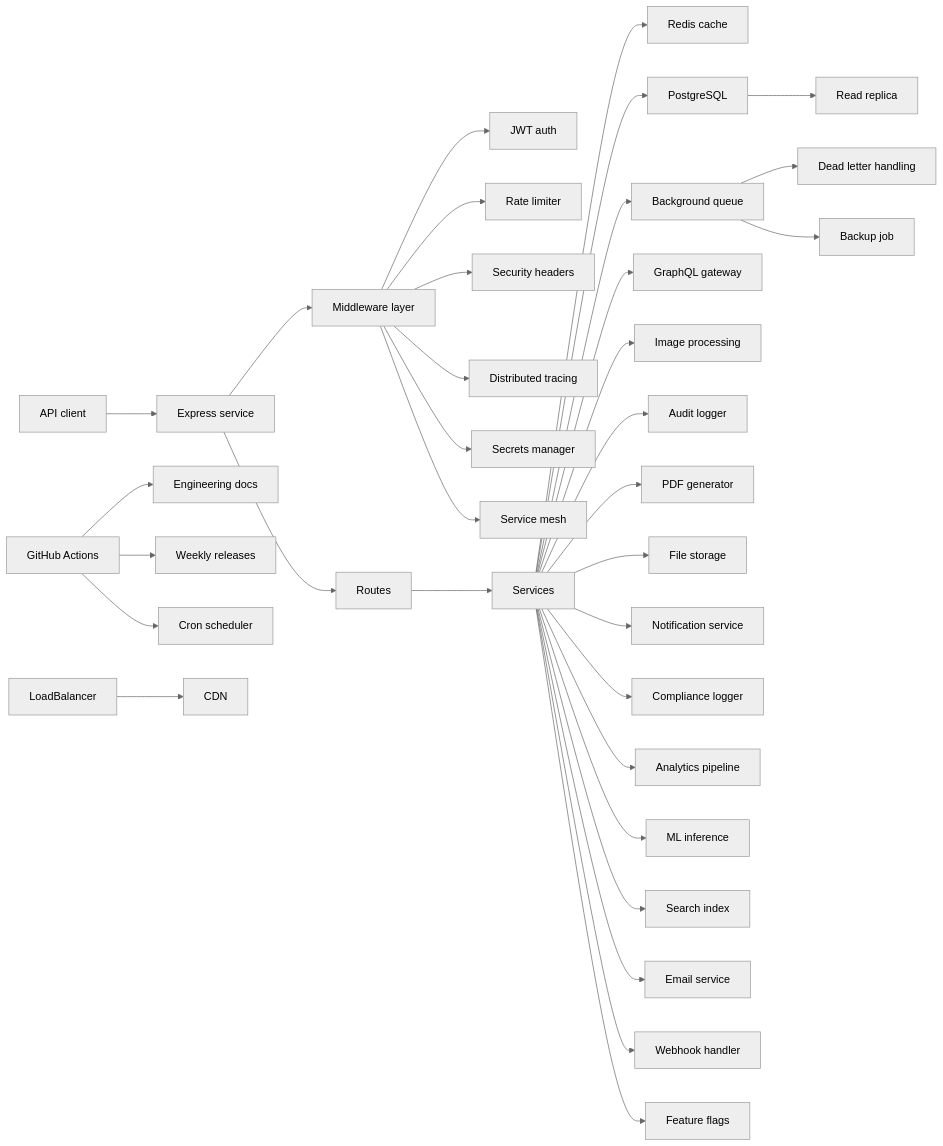
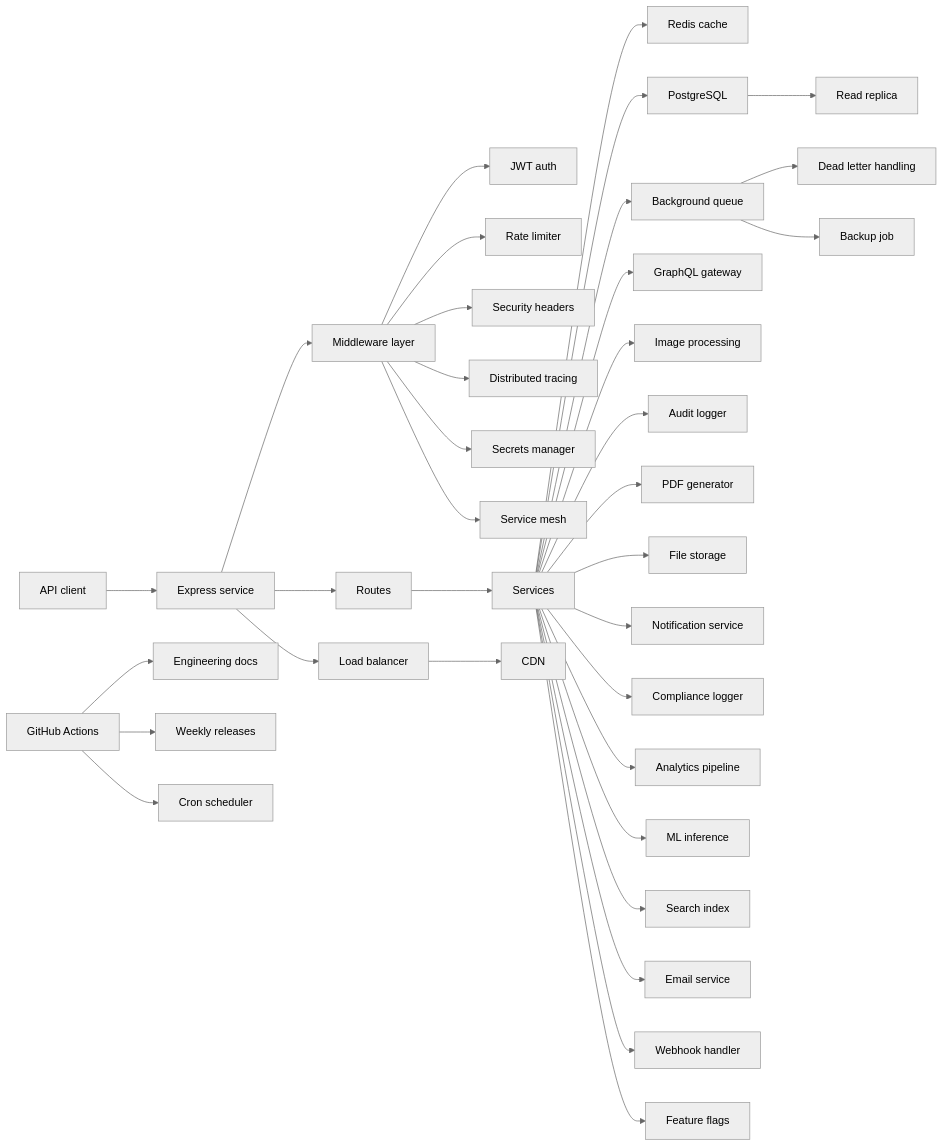
One commit to P-r-e-m-i-u-m/Aridon changed the diagram in README.md. Above: the diagram before and after it, drawn with Mermaid (neutral theme).

Commit message:
docs: grow system snapshot diagram 2026-07-26

````diff
--- a/README.md
+++ b/README.md
@@ -24,36 +24,37 @@
 ```mermaid
 flowchart LR
   Client["API client"] --> Express["Express service"]
   Express --> Middleware["Middleware layer"]
   Middleware --> Auth["JWT auth"]
   Middleware --> RateLimit["Rate limiter"]
   Middleware --> Security["Security headers"]
   Express --> Routes["Routes"]
   Routes --> Services["Services"]
   Services --> Redis["Redis cache"]
   Services --> Postgres["PostgreSQL"]
   Services --> Queue["Background queue"]
   Queue --> DLQ["Dead letter handling"]
   Actions["GitHub Actions"] --> Docs["Engineering docs"]
   Actions --> Releases["Weekly releases"]
   Services --> GraphqlGW["GraphQL gateway"]
   Services --> ImageProcessing["Image processing"]
   Middleware --> Tracing["Distributed tracing"]
   Actions --> CronScheduler["Cron scheduler"]
   Services --> AuditLog["Audit logger"]
   Services --> PdfGenerator["PDF generator"]
   Postgres --> ReadReplica["Read replica"]
   Services --> FileStorage["File storage"]
   Services --> Notifications["Notification service"]
   LoadBalancer --> CDN["CDN"]
   Services --> ComplianceLog["Compliance logger"]
   Middleware --> SecretsManager["Secrets manager"]
   Services --> Analytics["Analytics pipeline"]
   Services --> MLInference["ML inference"]
   Services --> SearchIndex["Search index"]
   Queue --> BackupJob["Backup job"]
   Services --> EmailService["Email service"]
   Services --> WebhookHandler["Webhook handler"]
   Middleware --> ServiceMesh["Service mesh"]
   Services --> FeatureFlags["Feature flags"]
+  Express --> LoadBalancer["Load balancer"]
 ```
````
